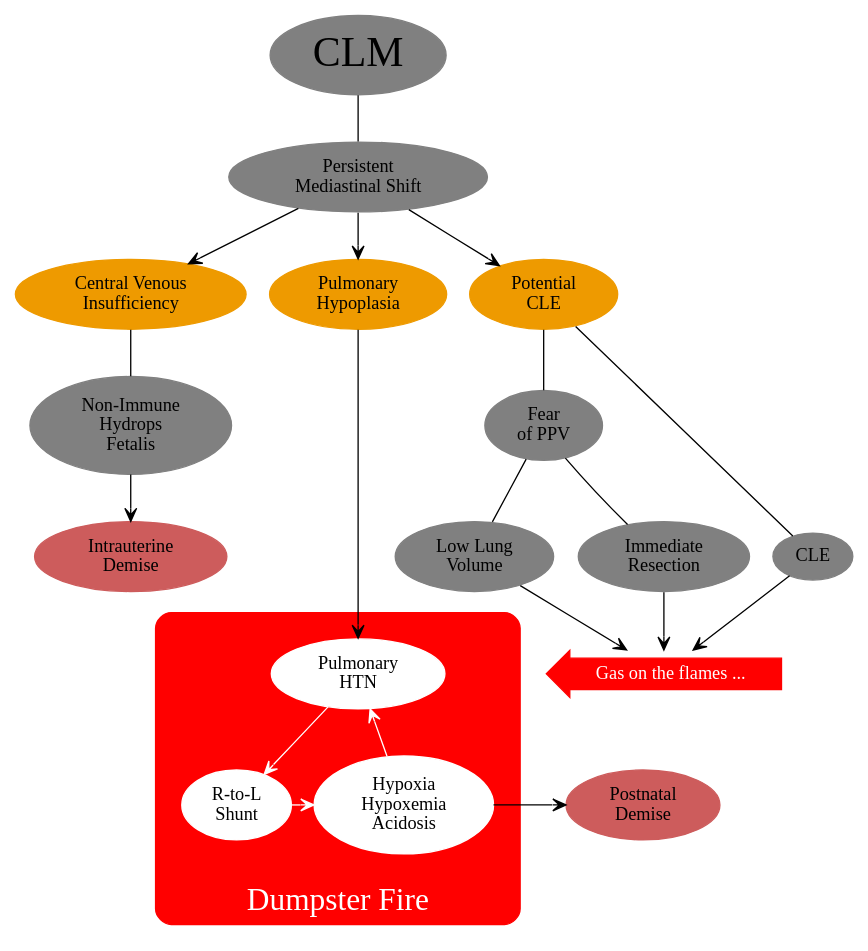
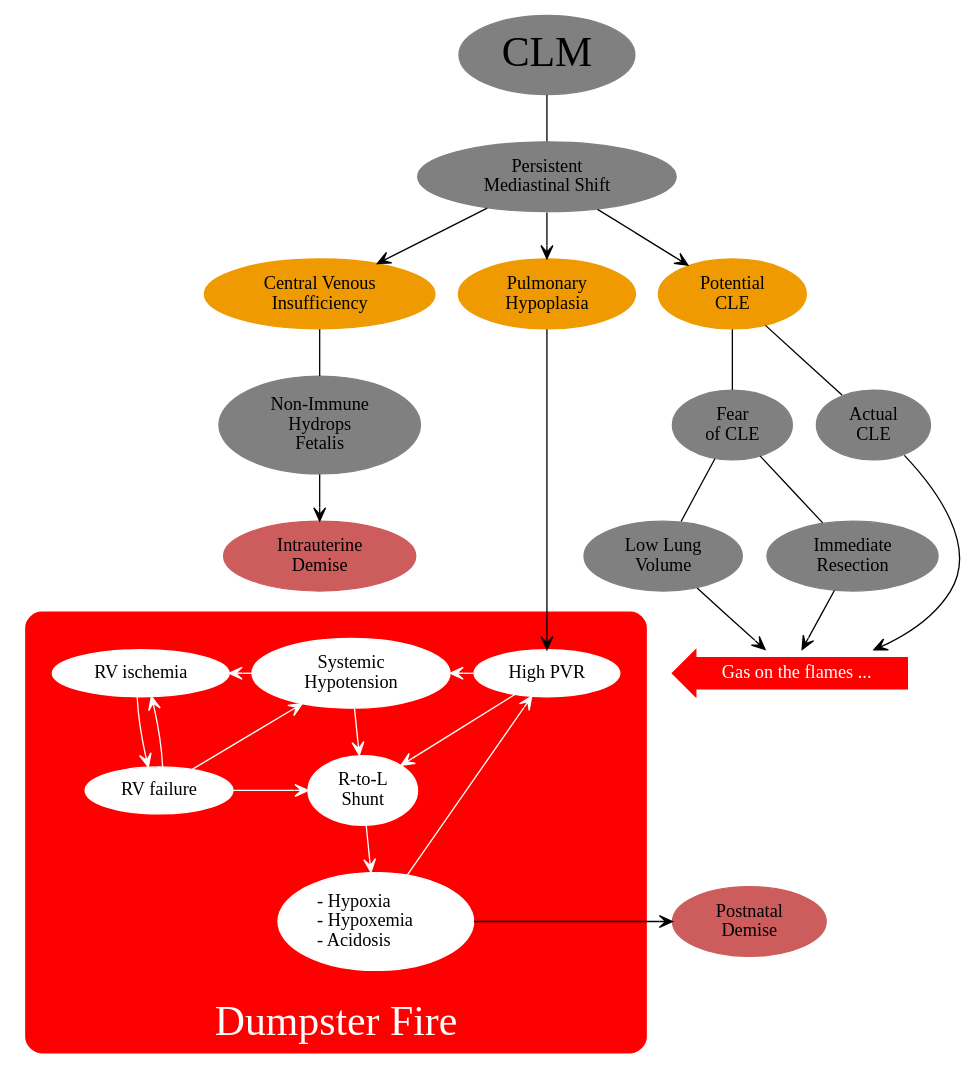
Before and after one commit to mdtsandman/CLO: the diagram in CLO3.dot, drawn with Graphviz. The commit also changed 4 other files, not shown here.

```diff
--- a/CLO3.dot
+++ b/CLO3.dot
@@ -1,65 +1,100 @@
 digraph Risks {
 
 rankdir=TB;
 newrank=true;
 compound=true;
 
 node [color=grey style=filled fillcolor=grey];
 edge [arrowhead=vee];
 
 CLM [label="CLM" fontsize=32];
 PMS [label="Persistent\nMediastinal Shift"];
 CVP [label="Central Venous\nInsufficiency" style=filled fillcolor=orange2 color=orange2];
 PHP [label="Pulmonary\nHypoplasia" style=filled fillcolor=orange2 color=orange2];
 MaybeCLE [label="Potential\nCLE" style=filled fillcolor=orange2 color=orange2];
 NIHF [label="Non-Immune\nHydrops\nFetalis"];
 OR [label="Immediate\nResection"];
-Fear [label="Fear\nof PPV"];
+Fear [label="Fear\nof CLE"];
 FRC [label="Low Lung\nVolume"];
-CLE [label="CLE"];
+CLE [label="Actual\nCLE"];
 IUD [label="Intrauterine\nDemise" style=filled fillcolor=indianred color=indianred];
 Death [label="Postnatal\nDemise" style=filled fillcolor=indianred color=indianred];
 Catalyst [label="    Gas on the flames ..." height=0.5 shape=larrow fontcolor=white style=filled fillcolor=red color=red];
 
 subgraph ClusterFuck {
 
 	style=rounded;
 	margin=20;
 	color=red;
 	fontcolor=white;
 	bgcolor=red;
 	color=red;
-	fontsize=24;
+	fontsize=32;
 	label="Dumpster Fire";
 	labelloc=b;
 
-	PHTN [label="Pulmonary\nHTN" style=filled fillcolor=white color=white];
-	Shunt [label="R-to-L\nShunt" style=filled fillcolor=white color=white];
-	Badness [label="Hypoxia\nHypoxemia\nAcidosis" style=filled fillcolor=white color=white];
+	node [fillcolor=white color=white];
+	edge [color=white];
 
-	PHTN -> Shunt -> Badness -> PHTN[color=white];
+	PHTN [label="High PVR"];
+	
+	subgraph ClusterTriad {
+
+		label="";
+		margin=0;
+		Shunt [label="R-to-L\nShunt"];
+		Badness [label="- Hypoxia\l- Hypoxemia\l- Acidosis\l"];
+		LowBP [label="Systemic\nHypotension"];
+	
+		LowBP -> Shunt -> Badness[weight=200];
+
+	}
+
+	RVI [label="RV ischemia"];
+	RVF [label="RV failure"];
+
+	PHTN -> Shunt;
+	PHTN -> LowBP;
+
+	Badness -> PHTN;
+	RVF -> LowBP;
+	RVF -> Shunt;
+	RVF -> RVI;
+
+	LowBP -> RVI;
+	RVI -> RVF;
+
+	{rank=same PHTN LowBP RVI};
+	{rank=same RVF Shunt};
 
 }
 
 {rank=same CVP PHP MaybeCLE};
-{rank=same NIHF Fear};
-{rank=same IUD FRC OR CLE};
+{rank=same NIHF Fear CLE};
+{rank=same IUD FRC OR};
 {rank=same PHTN Catalyst};
-{rank=same Shunt Badness Death};
+{rank=same Badness Death};
 
 CLM -> PMS [arrowhead=none];
 PMS -> {CVP, PHP, MaybeCLE};
 CVP -> NIHF [arrowhead=none weight=100];
 NIHF -> IUD [weight=100];
-MaybeCLE -> Fear-> {FRC OR} [arrowhead=none]
+MaybeCLE -> Fear[arrowhead=none weight=100];
+Fear -> FRC [arrowhead=none];
+Fear -> OR [arrowhead=none];
 MaybeCLE -> CLE [arrowhead=none];
+PHP -> PHTN [weight=200]
+FRC -> Catalyst [weight=100];
+OR -> Catalyst [weight=100];
 CLE -> Catalyst;
-PHP -> PHTN [weight=200]
-{OR FRC} -> Catalyst;
+
 CVP -> PHP -> MaybeCLE [style=invis];
-NIHF -> Fear -> OR [style=invis];
-IUD -> FRC -> OR -> CLE [style=invis];
+NIHF -> Fear -> CLE [style=invis];
+IUD -> FRC -> OR [style=invis];
+PHTN -> Catalyst [style=invis];
+
 Catalyst -> Death [style=invis] weight=100;
-Badness -> Death;
+
+Badness -> Death[weight=5000];
 
 }
```
